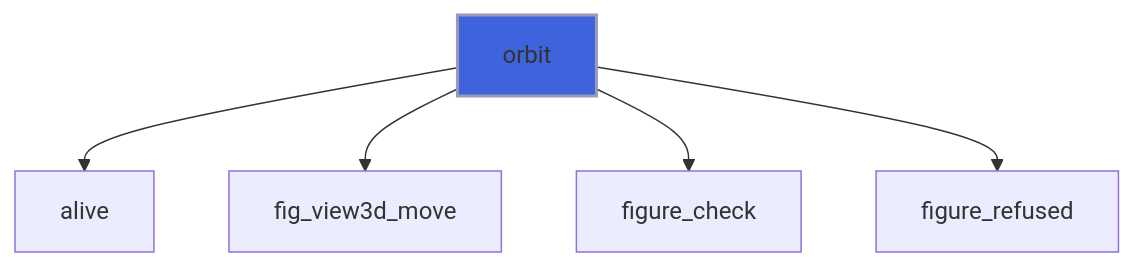
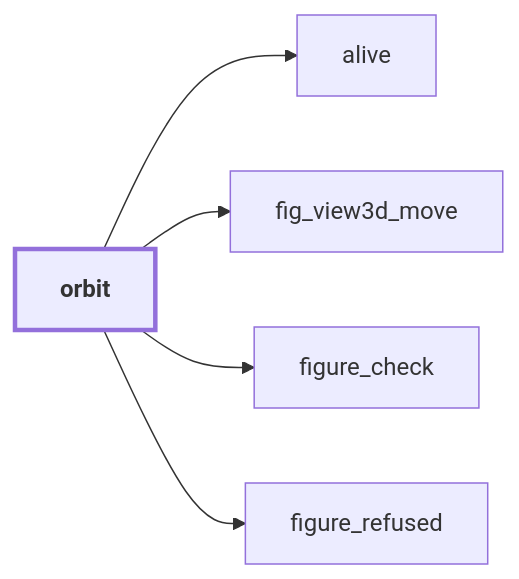
Before and after one commit to szaghi/figure: diagram 12 of 39 in docs/api/src/lib/figure_view3d.md, drawn with Mermaid. The commit also changed other lines of this file and 54 other files, not shown here.

````diff
--- a/docs/api/src/lib/figure_view3d.md
+++ b/docs/api/src/lib/figure_view3d.md
@@ -534,8 +619,13 @@
 ```mermaid
-flowchart TD
+flowchart LR
   orbit["orbit"] --> alive["alive"]
   orbit["orbit"] --> fig_view3d_move["fig_view3d_move"]
   orbit["orbit"] --> figure_check["figure_check"]
   orbit["orbit"] --> figure_refused["figure_refused"]
-  style orbit fill:#3e63dd,stroke:#99b,stroke-width:2px
+  classDef focus stroke-width:3px,font-weight:bold
+  class orbit focus
+  click figure_refused href "figure_base.html#figure-refused" "figure_refused"
+  click alive href "#alive" "alive"
+  click figure_check href "figure_base.html#figure-check" "figure_check"
+  click fig_view3d_move href "#fig-view3d-move" "fig_view3d_move"
 ```
````
